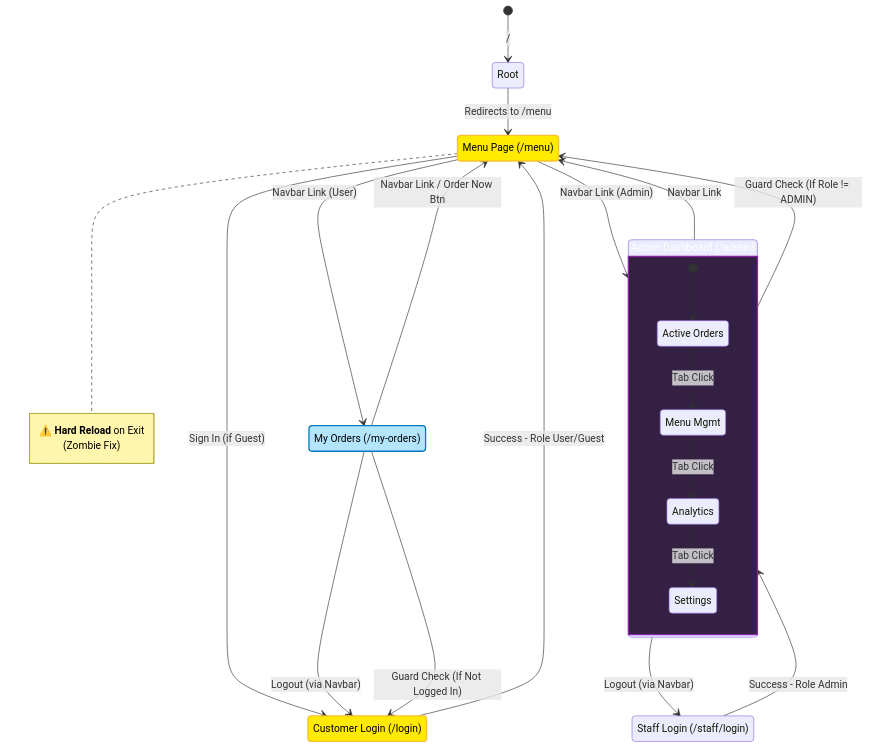
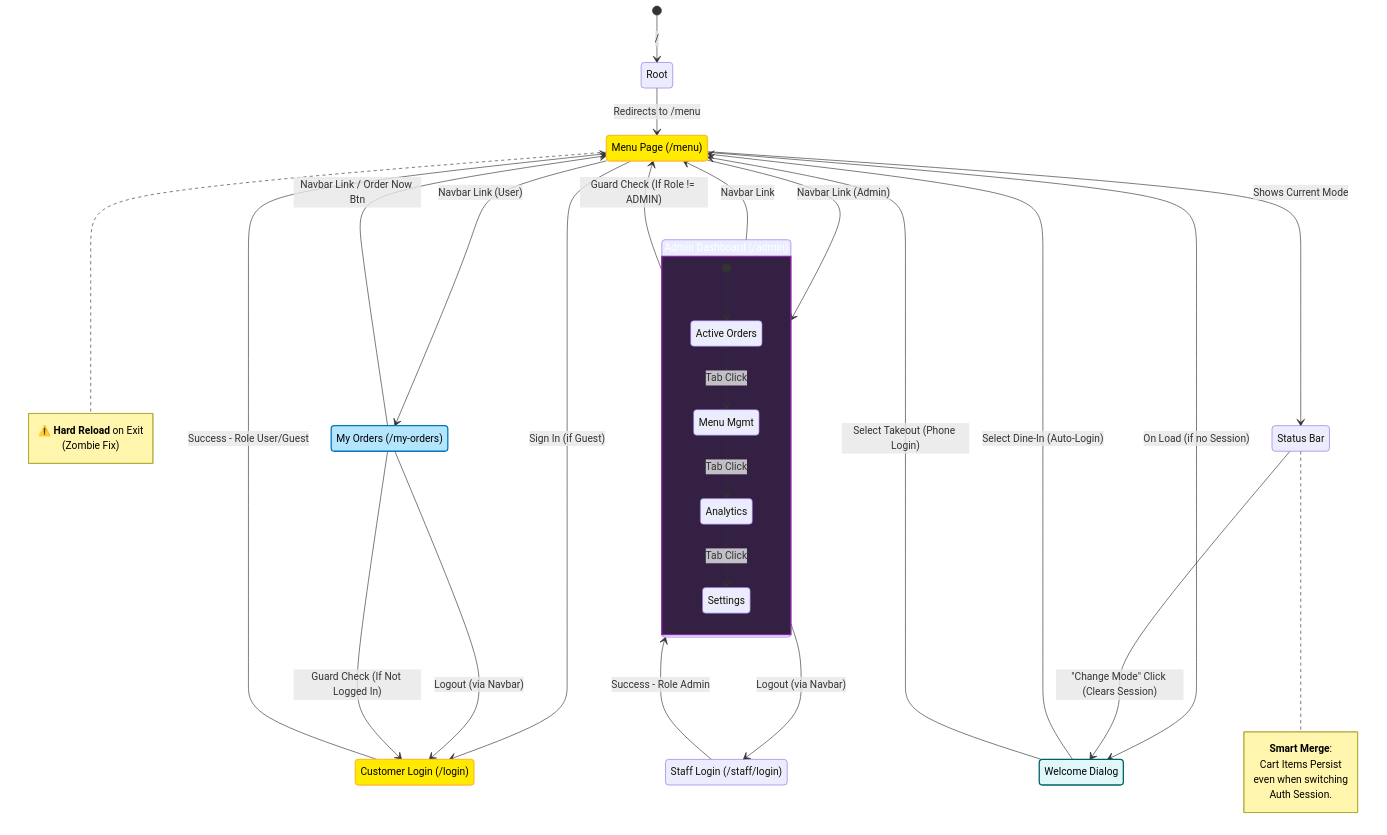
One commit to itshard2name-gmail/mini-restaurant-app changed the diagram in docs/FRONTEND_FLOW.md. Above: the diagram before and after it, drawn with Mermaid. The commit also changed other lines of this file, not shown here.

Commit message:
docs: update frontend flow with dining mode refactor

````diff
--- a/docs/FRONTEND_FLOW.md
+++ b/docs/FRONTEND_FLOW.md
@@ -15,59 +15,79 @@
 ```mermaid
 stateDiagram-v2
     classDef shared fill:#ffea00,color:#000,stroke:#fbc02d,stroke-width:2px;
     classDef admin fill:#332042,color:#fff,stroke:#8e24aa,stroke-width:2px;
     classDef user fill:#b3e5fc,color:#000,stroke:#0277bd,stroke-width:2px;
+    classDef dialog fill:#e0f7fa,color:#000,stroke:#006064,stroke-width:2px;
 
     [*] --> Root: /
     Root --> MenuPage: Redirects to /menu
 
     state "Customer Login (/login)" as Login
     state "Staff Login (/staff/login)" as StaffLogin
     state "Menu Page (/menu)" as MenuPage
     state "My Orders (/my-orders)" as MyOrders
     state "Admin Dashboard (/admin)" as AdminDashboard
+    
+    state "Welcome Dialog" as WelcomeDialog
+    state "Status Bar" as StatusBar
 
     %% --- Login Flow ---
     Login --> MenuPage: Success - Role User/Guest
     StaffLogin --> AdminDashboard: Success - Role Admin
 
     %% --- Navigation Bar (Global) ---
     %% --- Navigation Bar (Global) ---
     MenuPage --> Login: Sign In (if Guest)
     MenuPage --> MyOrders: Navbar Link (User)
     MenuPage --> AdminDashboard: Navbar Link (Admin)
     
     MyOrders --> MenuPage: Navbar Link / Order Now Btn
     MyOrders --> Login: Logout (via Navbar)
 
     AdminDashboard --> MenuPage: Navbar Link
     AdminDashboard --> StaffLogin: Logout (via Navbar)
+    
+    %% --- Dining Mode Flow (Micro-Interaction) ---
+    MenuPage --> WelcomeDialog: On Load (if no Session)
+    WelcomeDialog --> MenuPage: Select Dine-In (Auto-Login)
+    WelcomeDialog --> MenuPage: Select Takeout (Phone Login)
+    
+    MenuPage --> StatusBar: Shows Current Mode
+    StatusBar --> WelcomeDialog: "Change Mode" Click (Clears Session)
+    
+    note right of StatusBar
+       **Smart Merge**:
+       Cart Items Persist
+       even when switching
+       Auth Session.
+    end note
 
     %% --- Internal States: Admin Dashboard ---
     state AdminDashboard {
         [*] --> OrdersTab
         state "Active Orders" as OrdersTab
         state "Menu Mgmt" as MenuTab
         state "Analytics" as AnalyticsTab
         state "Settings" as SettingsTab
 
         OrdersTab --> MenuTab: Tab Click
         MenuTab --> AnalyticsTab: Tab Click
         AnalyticsTab --> SettingsTab: Tab Click
     }
 
     %% --- Edge Cases / Guards ---
     AdminDashboard --> MenuPage: Guard Check (If Role != ADMIN)
     MyOrders --> Login: Guard Check (If Not Logged In)
     
     %% --- Sub-App Specifics ---
     note right of MenuPage
         ⚠️ **Hard Reload** on Exit
         (Zombie Fix)
     end note
 
     class Login shared
     class MenuPage shared
     class AdminDashboard admin
     class MyOrders user
+    class WelcomeDialog dialog
 ```
````
